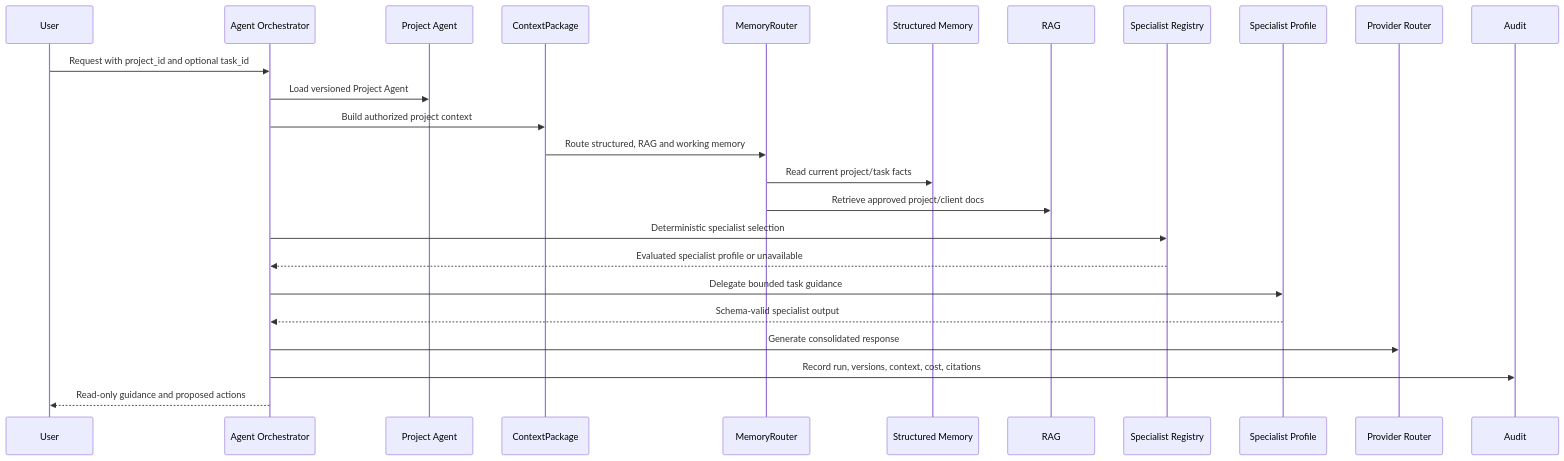
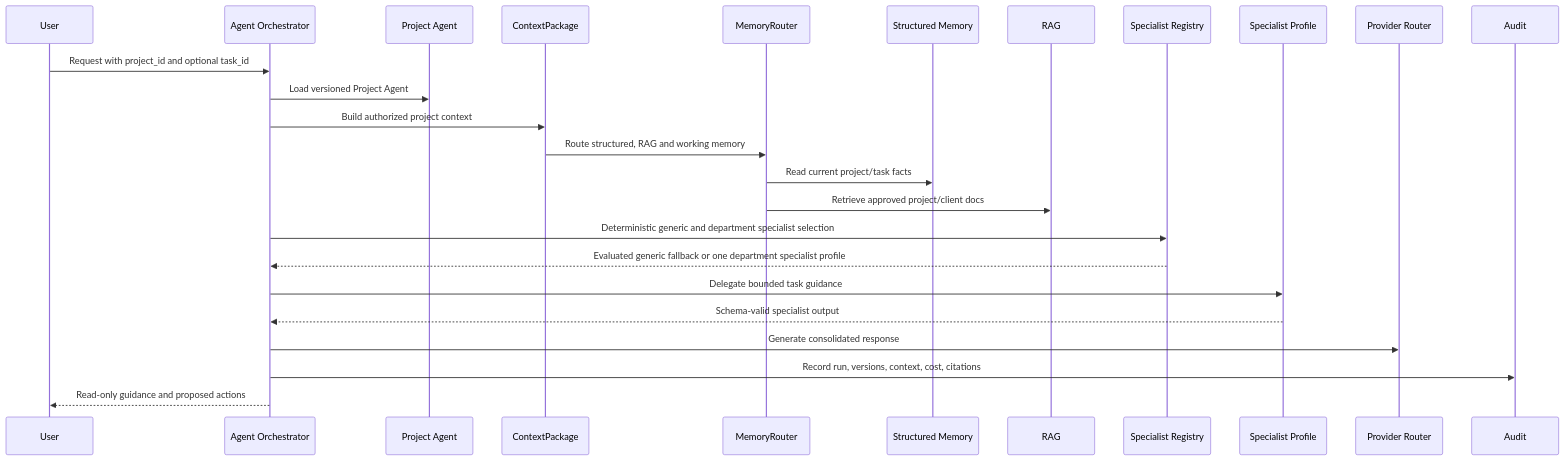
Before and after one commit to Shivakushwah143/SynTask: the sixth of 8 diagrams in docs/diagrams/architecture.md, drawn with Mermaid. The commit also changed other lines of this file and 9 other files, not shown here.

````diff
--- a/docs/diagrams/architecture.md
+++ b/docs/diagrams/architecture.md
@@ -159,28 +163,28 @@
 ```mermaid
 sequenceDiagram
     participant User
     participant Orchestrator as Agent Orchestrator
     participant PA as Project Agent
     participant CP as ContextPackage
     participant MR as MemoryRouter
     participant SM as Structured Memory
     participant RAG
     participant SR as Specialist Registry
     participant SP as Specialist Profile
     participant PR as Provider Router
     participant Audit
 
     User->>Orchestrator: Request with project_id and optional task_id
     Orchestrator->>PA: Load versioned Project Agent
     Orchestrator->>CP: Build authorized project context
     CP->>MR: Route structured, RAG and working memory
     MR->>SM: Read current project/task facts
     MR->>RAG: Retrieve approved project/client docs
-    Orchestrator->>SR: Deterministic specialist selection
-    SR-->>Orchestrator: Evaluated specialist profile or unavailable
+    Orchestrator->>SR: Deterministic generic and department specialist selection
+    SR-->>Orchestrator: Evaluated generic fallback or one department specialist profile
     Orchestrator->>SP: Delegate bounded task guidance
     SP-->>Orchestrator: Schema-valid specialist output
     Orchestrator->>PR: Generate consolidated response
     Orchestrator->>Audit: Record run, versions, context, cost, citations
     Orchestrator-->>User: Read-only guidance and proposed actions
 ```
````
